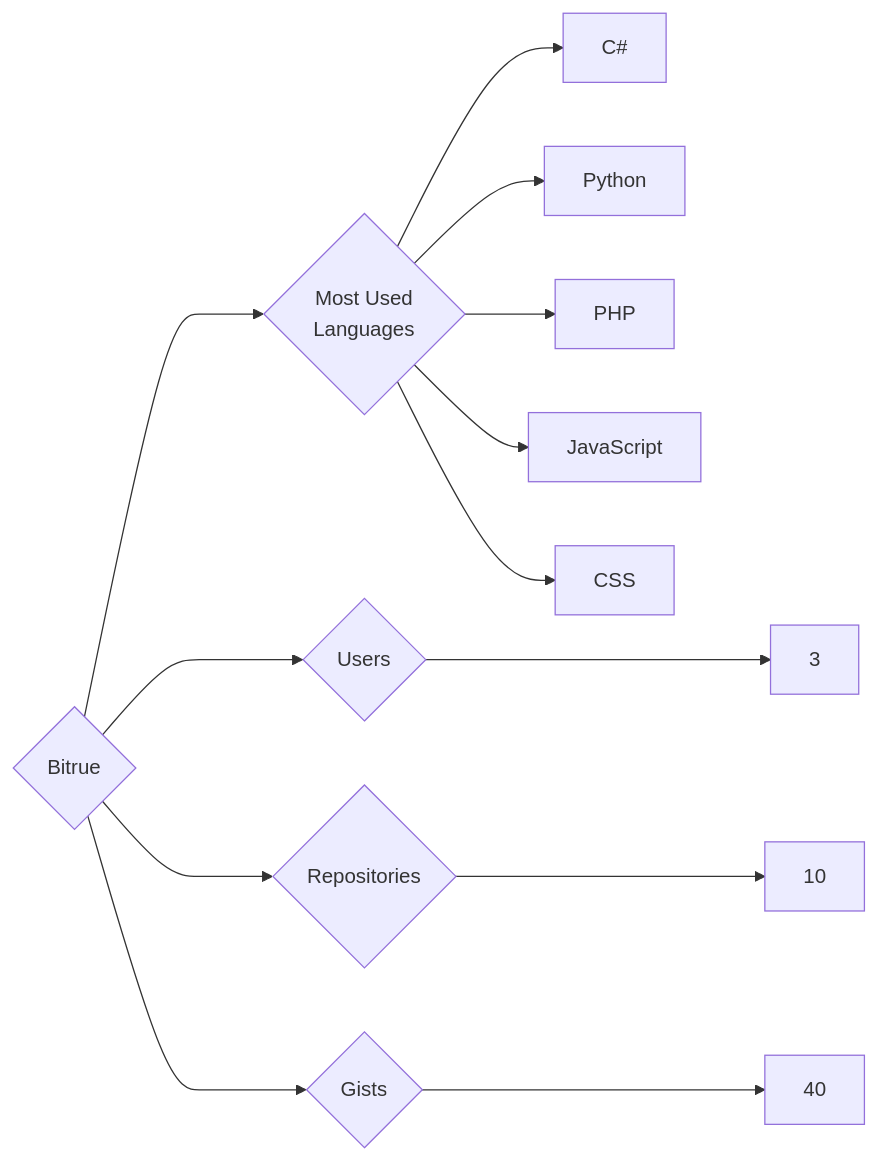
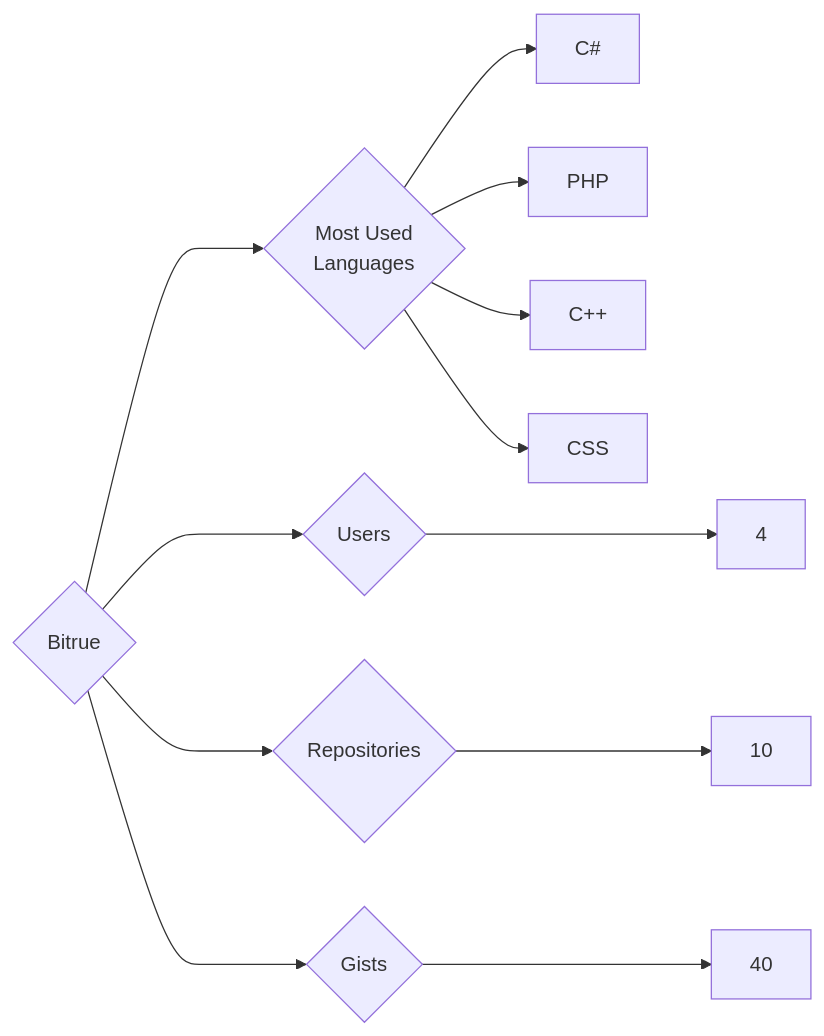
Before and after one commit to trickest/insiders: the diagram in targets/Bitrue/README.md, drawn with Mermaid. The commit also changed 1170 other files, not shown here.

````diff
--- a/targets/Bitrue/README.md
+++ b/targets/Bitrue/README.md
@@ -3,13 +3,12 @@
 ```mermaid
 graph LR
 COMPANY_NAME{Bitrue}
-COMPANY_NAME ---> U{Users} ---> UN[3]
+COMPANY_NAME ---> U{Users} ---> UN[4]
 COMPANY_NAME ---> R{Repositories} ---> RN[10]
 COMPANY_NAME ---> G{Gists} ---> GN[40]
 COMPANY_NAME ---> ML{Most Used<br>Languages}
 ML --> C#[C#]
-ML --> Python[Python]
 ML --> PHP[PHP]
-ML --> JavaScript[JavaScript]
+ML --> C++[C++]
 ML --> CSS[CSS]
 ```
````
